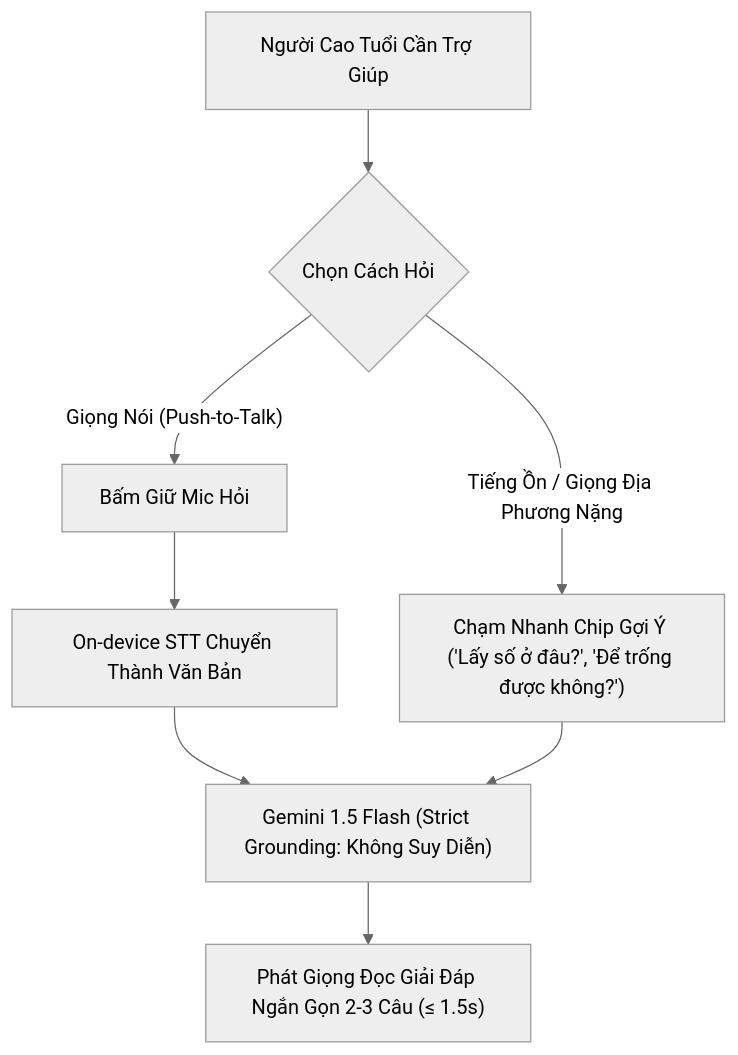
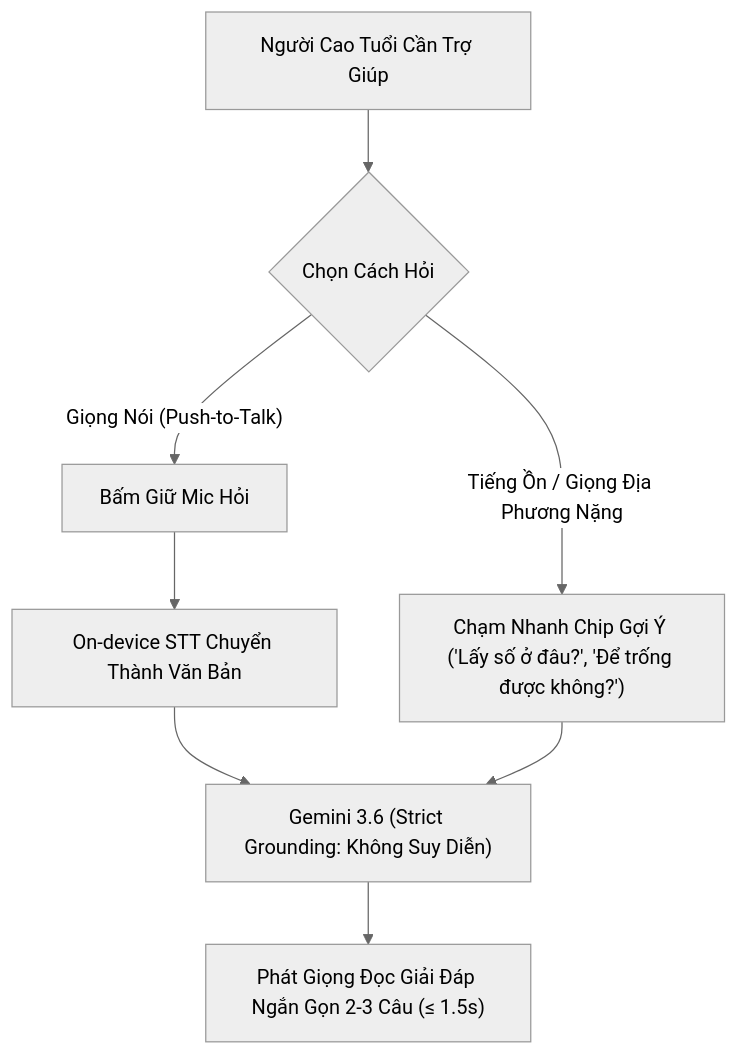
The fourth of 11 diagrams in docs/PRD.md (n22tk05/AFL-Platform), drawn with Mermaid (neutral theme) before and after one commit. The commit also changed other lines of this file and 6 other files, not shown here.

````diff
--- a/docs/PRD.md
+++ b/docs/PRD.md
@@ -154,10 +154,10 @@
 ```mermaid
 flowchart TD
     User["Người Cao Tuổi Cần Trợ Giúp"] --> Choice{"Chọn Cách Hỏi"}
     Choice -- Giọng Nói (Push-to-Talk) --> Mic["Bấm Giữ Mic Hỏi"]
     Mic --> STT["On-device STT Chuyển Thành Văn Bản"]
     Choice -- Tiếng Ồn / Giọng Địa Phương Nặng --> QuickChips["Chạm Nhanh Chip Gợi Ý ('Lấy số ở đâu?', 'Để trống được không?')"]
-    STT --> LLM["Gemini 1.5 Flash (Strict Grounding: Không Suy Diễn)"]
+    STT --> LLM["Gemini 3.6 (Strict Grounding: Không Suy Diễn)"]
     QuickChips --> LLM
     LLM --> TTS["Phát Giọng Đọc Giải Đáp Ngắn Gọn 2-3 Câu (≤ 1.5s)"]
 ```
````
